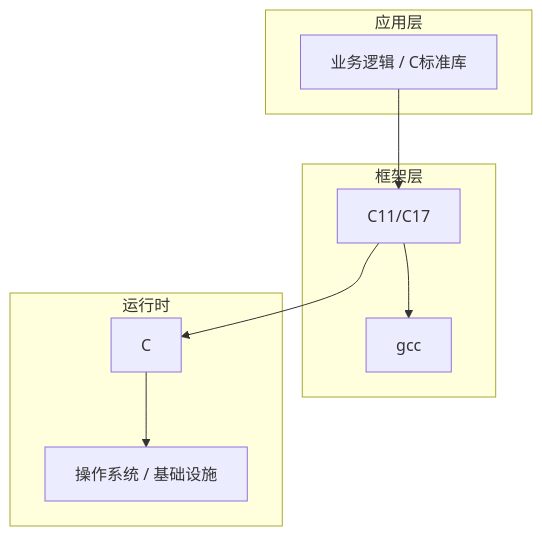
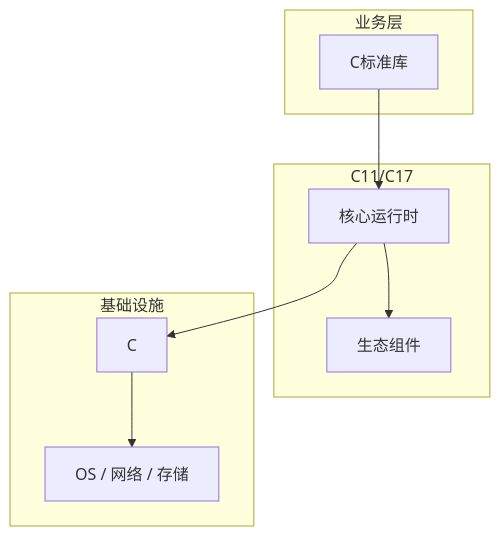
The diagram in articles/C语言/chapters/103-C标准库核心概念与原理.md (yanggan2015/knowledge-json-v2), drawn with Mermaid before and after one commit. The commit also changed other lines of this file and 10127 other files, not shown here.

````diff
--- a/articles/C语言/chapters/103-C标准库核心概念与原理.md
+++ b/articles/C语言/chapters/103-C标准库核心概念与原理.md
@@ -45,18 +34,18 @@
 ```mermaid
 graph TB
-    subgraph 应用层
-        A[业务逻辑 / C标准库]
+    subgraph 业务层
+        A[C标准库]
     end
-    subgraph 框架层
-        B[C11/C17]
-        C[gcc]
+    subgraph C11/C17
+        B[核心运行时]
+        C[生态组件]
     end
-    subgraph 运行时
+    subgraph 基础设施
         D[C]
-        E[操作系统 / 基础设施]
+        E[OS / 网络 / 存储]
     end
     A --> B
     B --> C
     B --> D
     D --> E
 ```
````
